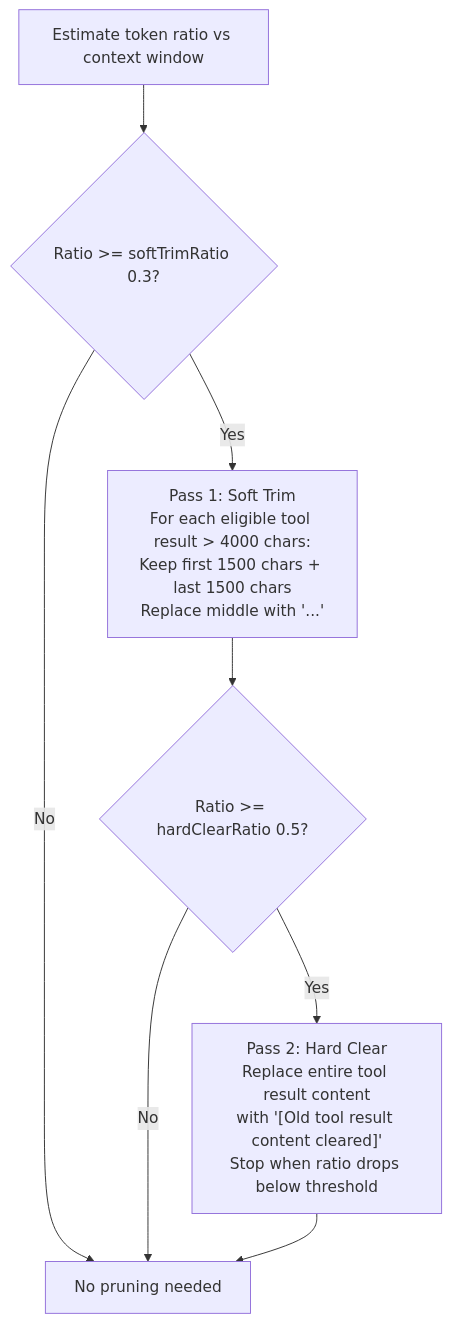
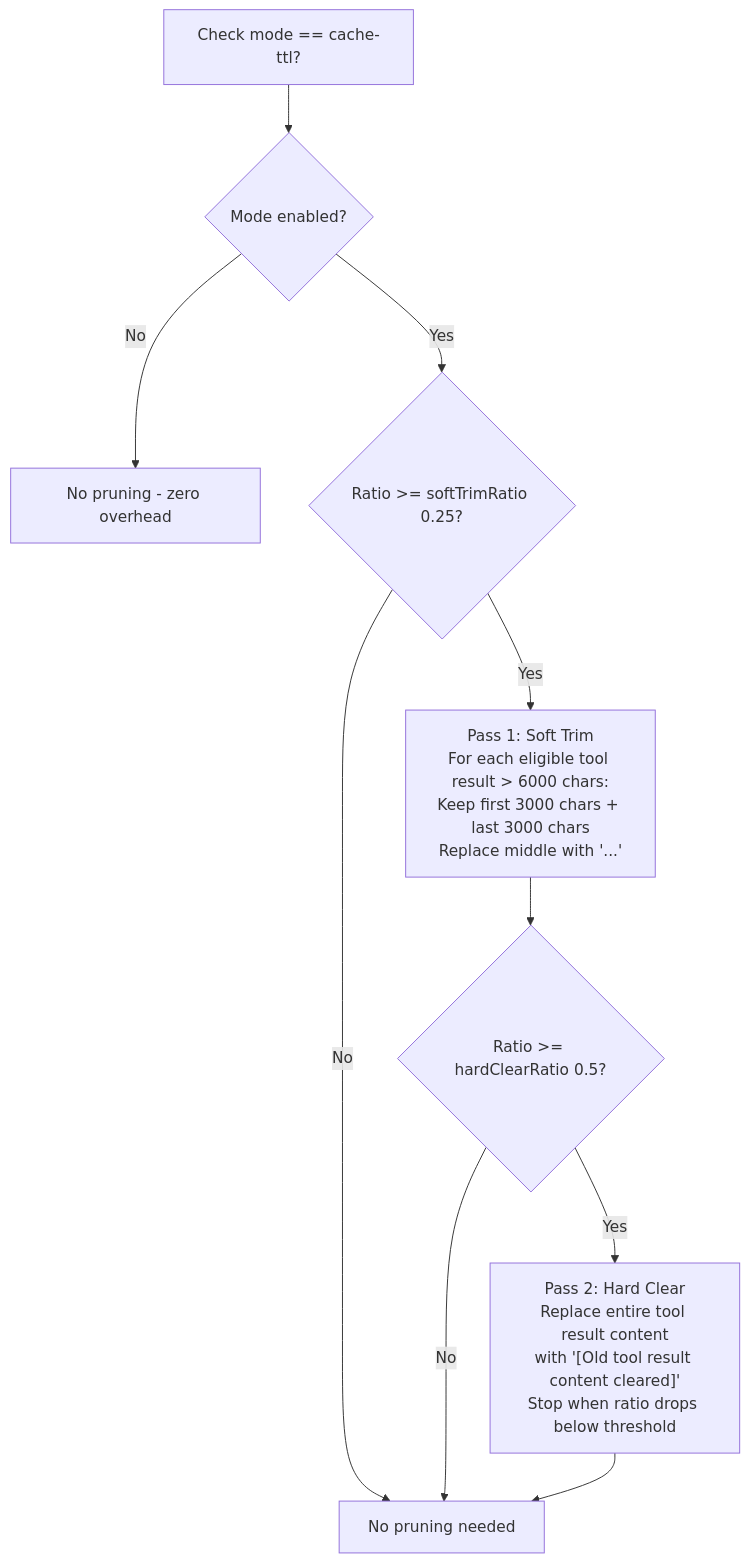
One commit to qkhalk/goclaw changed the fifth of 10 diagrams in docs/01-agent-loop.md. Above: the diagram before and after it, drawn with Mermaid. The commit also changed other lines of this file and 25 other files, not shown here.

First line of the commit message:
feat(pruning)!: faithful port of TS context pruning + backfill migration

````diff
--- a/docs/01-agent-loop.md
+++ b/docs/01-agent-loop.md
@@ -434,14 +430,16 @@
 ```mermaid
 flowchart TD
-    START[Estimate token ratio vs context window] --> CHECK{Ratio >= softTrimRatio 0.3?}
+    START[Check mode == cache-ttl?] --> GATE{Mode enabled?}
+    GATE -->|No| SKIP[No pruning - zero overhead]
+    GATE -->|Yes| CHECK{Ratio >= softTrimRatio 0.25?}
     CHECK -->|No| DONE[No pruning needed]
     CHECK -->|Yes| PASS1
 
-    PASS1["Pass 1: Soft Trim<br/>For each eligible tool result > 4000 chars:<br/>Keep first 1500 chars + last 1500 chars<br/>Replace middle with '...'"]
+    PASS1["Pass 1: Soft Trim<br/>For each eligible tool result > 6000 chars:<br/>Keep first 3000 chars + last 3000 chars<br/>Replace middle with '...'"]
     PASS1 --> CHECK2{"Ratio >= hardClearRatio 0.5?"}
     CHECK2 -->|No| DONE
     CHECK2 -->|Yes| PASS2
 
     PASS2["Pass 2: Hard Clear<br/>Replace entire tool result content<br/>with '[Old tool result content cleared]'<br/>Stop when ratio drops below threshold"]
     PASS2 --> DONE
 ```
````
